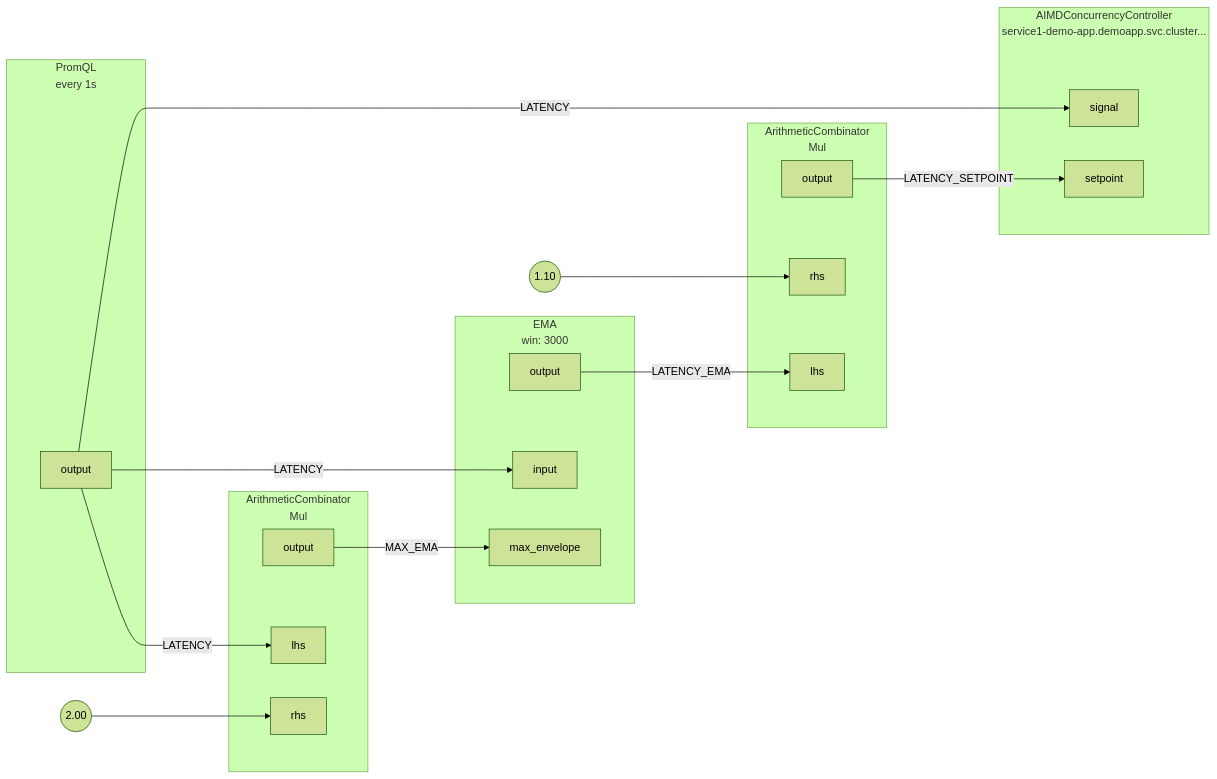
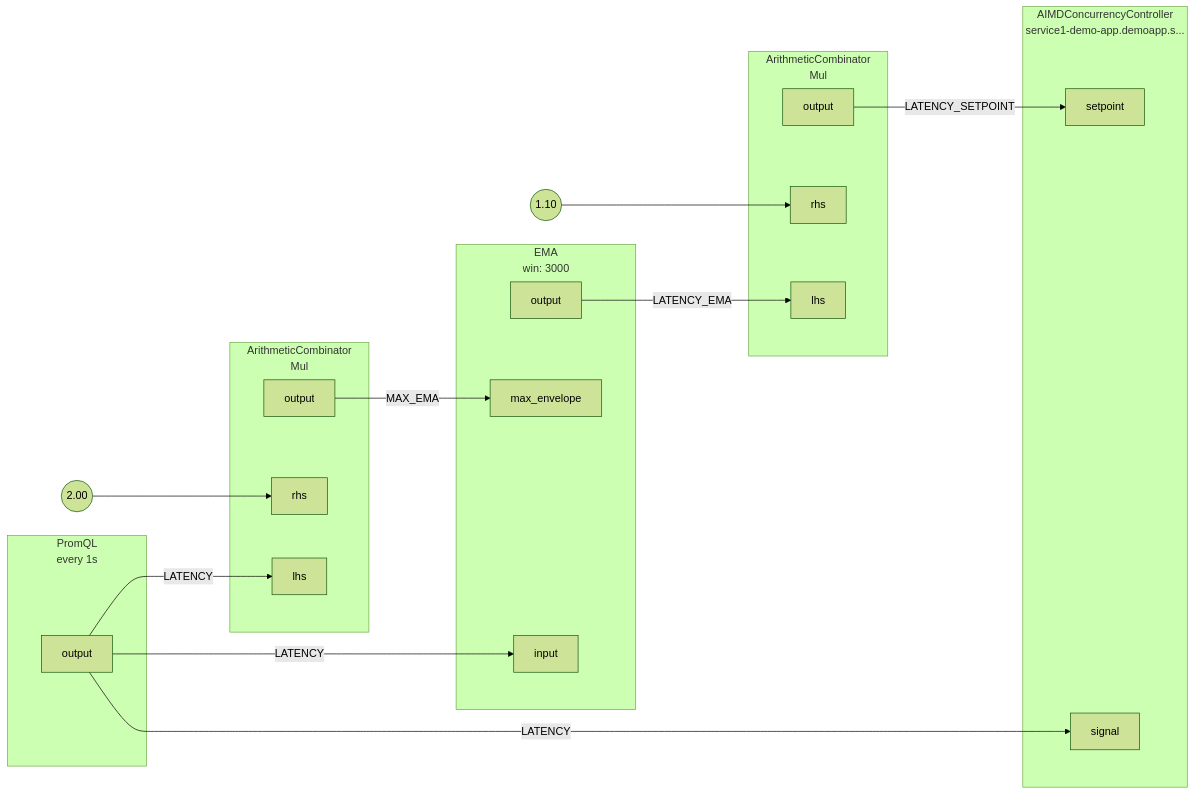
One commit to fluxninja/aperture changed the diagram in docs/content/tutorials/integrations/flow-control/concurrency-limiting/assets/workload-prioritization/workload-prioritization.mmd. Above: the diagram before and after it, drawn with Mermaid (forest theme). The commit also changed 18 other files, not shown here.

```diff
--- a/docs/content/tutorials/integrations/flow-control/concurrency-limiting/assets/workload-prioritization/workload-prioritization.mmd
+++ b/docs/content/tutorials/integrations/flow-control/concurrency-limiting/assets/workload-prioritization/workload-prioritization.mmd
@@ -1,60 +1,60 @@
 flowchart LR
 subgraph root.0[<center>PromQL<br/>every 1s</center>]
 subgraph root.0_outports[ ]
 style root.0_outports fill:none,stroke:none
 root.0output[output]
 end
 end
 FakeConstant0((2.00))
 FakeConstant0 --> root.1rhs
 subgraph root.1[<center>ArithmeticCombinator<br/>Mul</center>]
 subgraph root.1_inports[ ]
 style root.1_inports fill:none,stroke:none
+root.1rhs[rhs]
 root.1lhs[lhs]
-root.1rhs[rhs]
 end
 subgraph root.1_outports[ ]
 style root.1_outports fill:none,stroke:none
 root.1output[output]
 end
 end
 FakeConstant1((1.10))
 FakeConstant1 --> root.2rhs
 subgraph root.2[<center>ArithmeticCombinator<br/>Mul</center>]
 subgraph root.2_inports[ ]
 style root.2_inports fill:none,stroke:none
 root.2lhs[lhs]
 root.2rhs[rhs]
 end
 subgraph root.2_outports[ ]
 style root.2_outports fill:none,stroke:none
 root.2output[output]
 end
 end
 subgraph root.3[<center>EMA<br/>win: 3000</center>]
 subgraph root.3_inports[ ]
 style root.3_inports fill:none,stroke:none
+root.3max_envelope[max_envelope]
 root.3input[input]
-root.3max_envelope[max_envelope]
 end
 subgraph root.3_outports[ ]
 style root.3_outports fill:none,stroke:none
 root.3output[output]
 end
 end
-subgraph root.4[<center>AIMDConcurrencyController<br/>service1-demo-app.demoapp.svc.cluster...</center>]
+subgraph root.4[<center>AIMDConcurrencyController<br/>service1-demo-app.demoapp.s...</center>]
 subgraph root.4_inports[ ]
 style root.4_inports fill:none,stroke:none
 root.4setpoint[setpoint]
 root.4signal[signal]
 end
 subgraph root.4_outports[ ]
 style root.4_outports fill:none,stroke:none
 end
 end
 root.0output --> |LATENCY| root.1lhs
 root.0output --> |LATENCY| root.3input
 root.0output --> |LATENCY| root.4signal
 root.1output --> |MAX_EMA| root.3max_envelope
 root.2output --> |LATENCY_SETPOINT| root.4setpoint
 root.3output --> |LATENCY_EMA| root.2lhs
```
